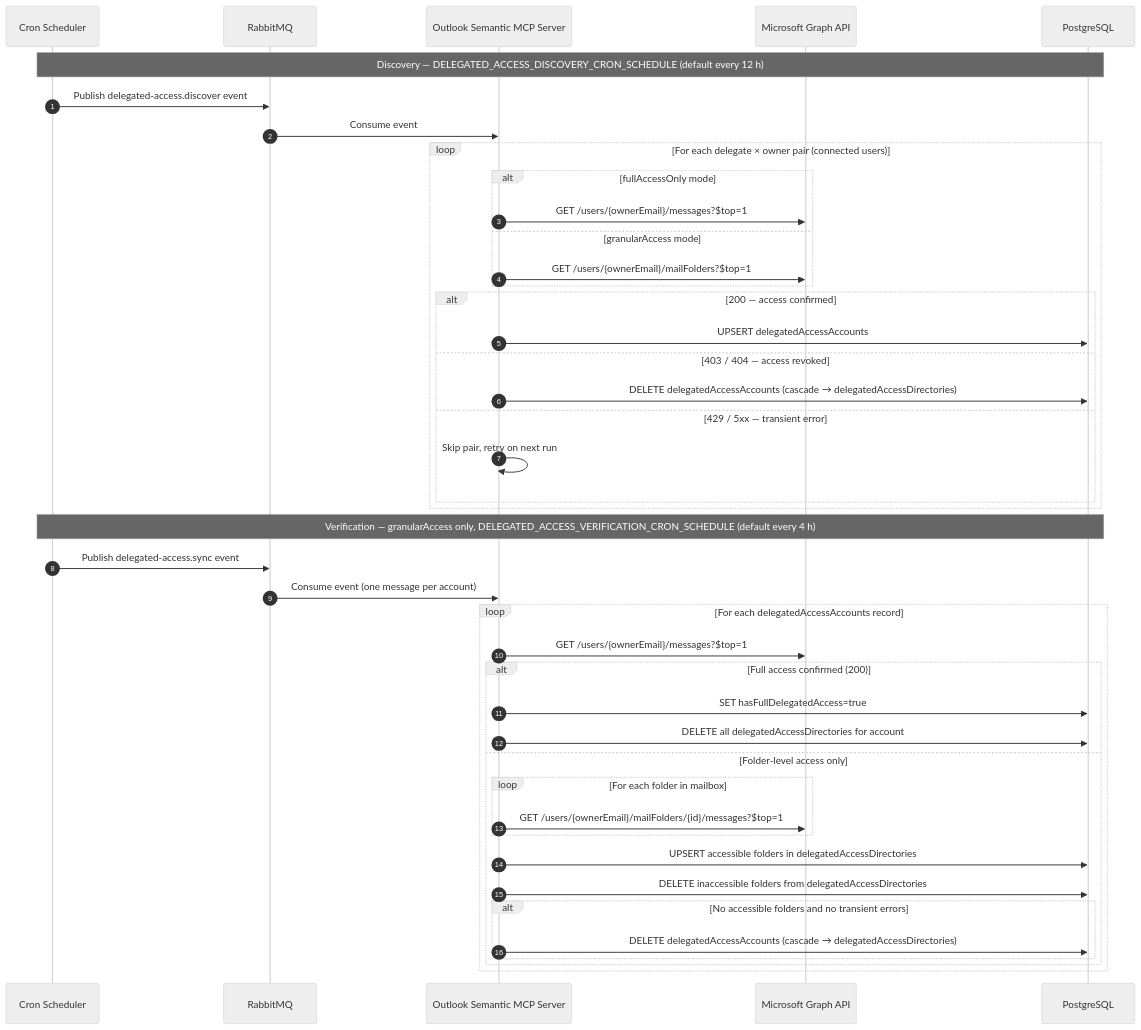
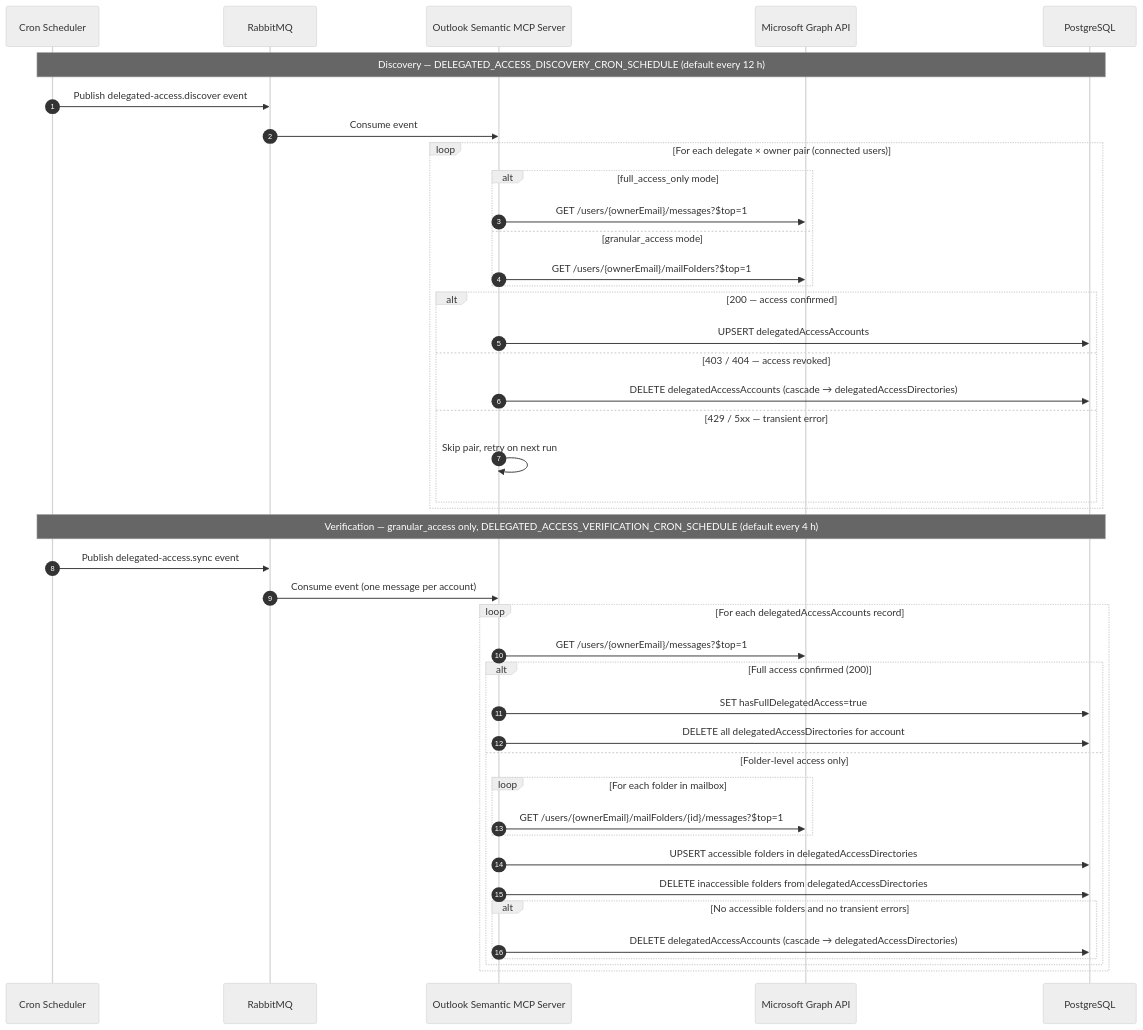
One commit to Unique-AG/connectors changed the fourth of 5 diagrams in services/outlook-semantic-mcp/docs/technical/flows.md. Above: the diagram before and after it, drawn with Mermaid. The commit also changed other lines of this file and 67 other files, not shown here.

````diff
--- a/services/outlook-semantic-mcp/docs/technical/flows.md
+++ b/services/outlook-semantic-mcp/docs/technical/flows.md
@@ -178,48 +178,48 @@
 ```mermaid
 %%{init: {'theme': 'neutral', 'themeVariables': { 'fontSize': '14px' }}}%%
 sequenceDiagram
     autonumber
     participant Scheduler as Cron Scheduler
     participant AMQP as RabbitMQ
     participant Server as Outlook Semantic MCP Server
     participant MSGraph as Microsoft Graph API
     participant DB as PostgreSQL
 
     Note over Scheduler,DB: Discovery — DELEGATED_ACCESS_DISCOVERY_CRON_SCHEDULE (default every 12 h)
     Scheduler->>AMQP: Publish delegated-access.discover event
     AMQP->>Server: Consume event
     loop For each delegate × owner pair (connected users)
-        alt fullAccessOnly mode
+        alt full_access_only mode
             Server->>MSGraph: GET /users/{ownerEmail}/messages?$top=1
-        else granularAccess mode
+        else granular_access mode
             Server->>MSGraph: GET /users/{ownerEmail}/mailFolders?$top=1
         end
         alt 200 — access confirmed
             Server->>DB: UPSERT delegatedAccessAccounts
         else 403 / 404 — access revoked
             Server->>DB: DELETE delegatedAccessAccounts (cascade → delegatedAccessDirectories)
         else 429 / 5xx — transient error
             Server->>Server: Skip pair, retry on next run
         end
     end
 
-    Note over Scheduler,DB: Verification — granularAccess only, DELEGATED_ACCESS_VERIFICATION_CRON_SCHEDULE (default every 4 h)
+    Note over Scheduler,DB: Verification — granular_access only, DELEGATED_ACCESS_VERIFICATION_CRON_SCHEDULE (default every 4 h)
     Scheduler->>AMQP: Publish delegated-access.sync event
     AMQP->>Server: Consume event (one message per account)
     loop For each delegatedAccessAccounts record
         Server->>MSGraph: GET /users/{ownerEmail}/messages?$top=1
         alt Full access confirmed (200)
             Server->>DB: SET hasFullDelegatedAccess=true
             Server->>DB: DELETE all delegatedAccessDirectories for account
         else Folder-level access only
             loop For each folder in mailbox
                 Server->>MSGraph: GET /users/{ownerEmail}/mailFolders/{id}/messages?$top=1
             end
             Server->>DB: UPSERT accessible folders in delegatedAccessDirectories
             Server->>DB: DELETE inaccessible folders from delegatedAccessDirectories
             alt No accessible folders and no transient errors
                 Server->>DB: DELETE delegatedAccessAccounts (cascade → delegatedAccessDirectories)
             end
         end
     end
 ```
````
